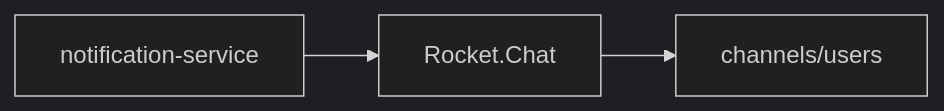
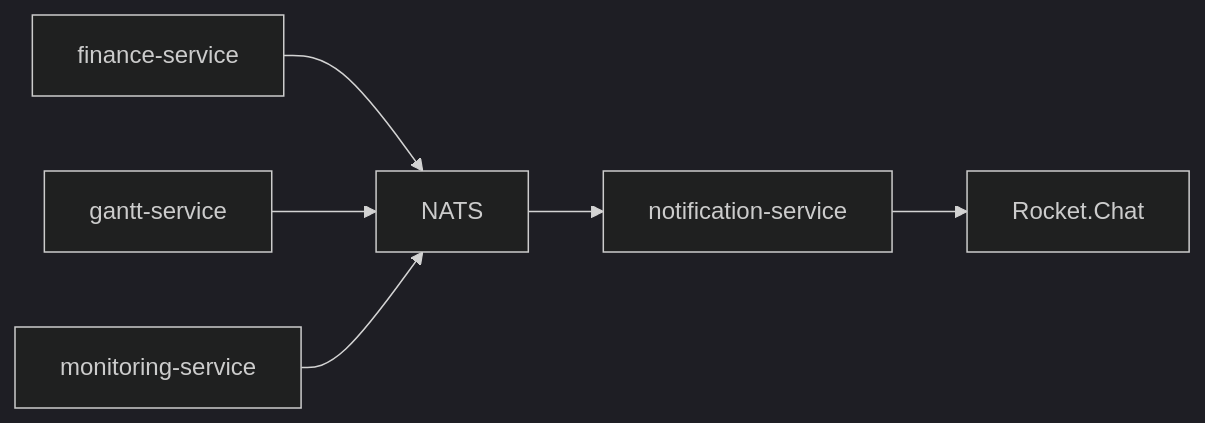
The diagram in README.md (BeRsErK031999/rocket-chat-notification-service), drawn with Mermaid (dark theme) before and after one commit. The commit also changed other lines of this file and 34 other files, not shown here.

````diff
--- a/README.md
+++ b/README.md
@@ -55,5 +56,8 @@
 ```mermaid
 flowchart LR
-  A[notification-service] --> B[Rocket.Chat]
-  B --> C[channels/users]
+  A[finance-service] --> D[NATS]
+  B[gantt-service] --> D
+  C[monitoring-service] --> D
+  D --> E[notification-service]
+  E --> F[Rocket.Chat]
 ```
````
